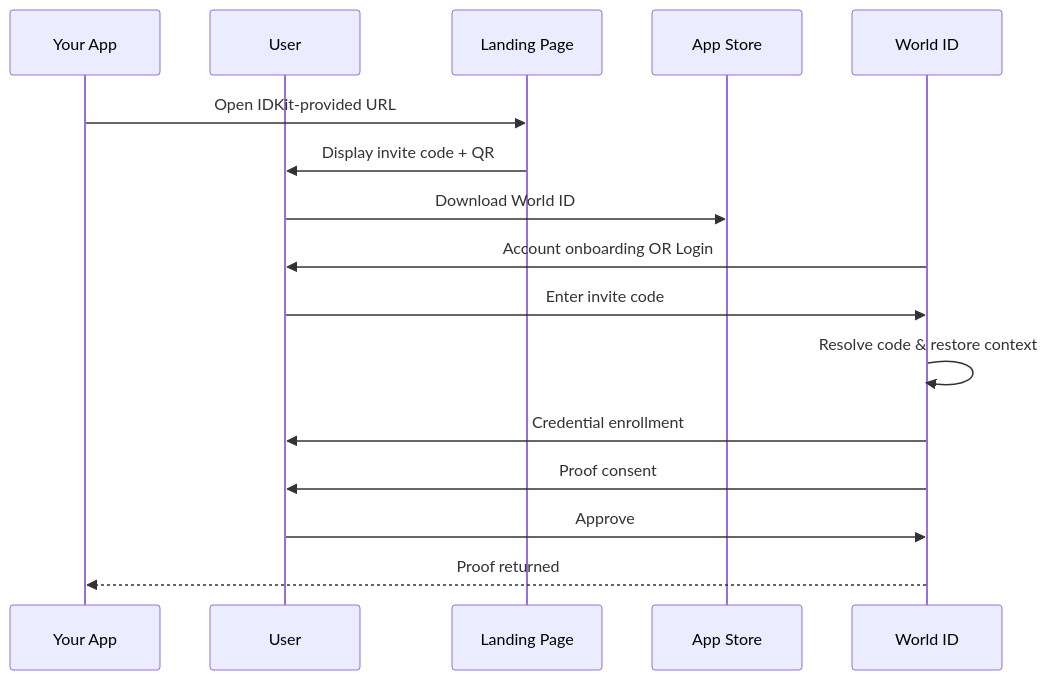
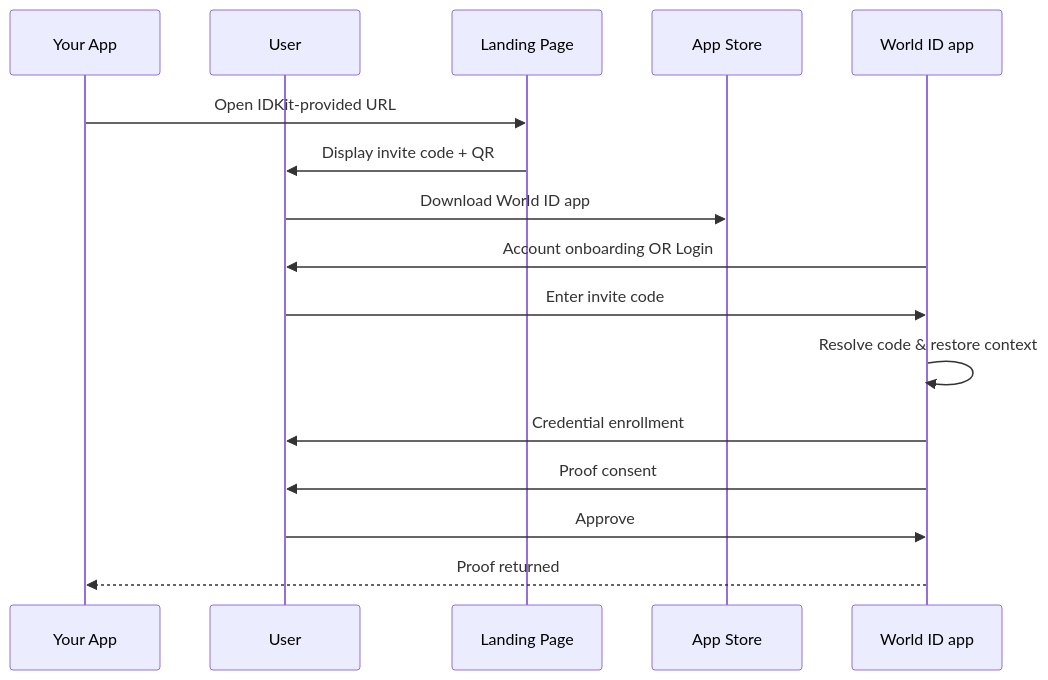
One commit to worldcoin/developer-docs changed the third of 3 diagrams in world-id/idkit/verification-flows.mdx. Above: the diagram before and after it, drawn with Mermaid. The commit also changed other lines of this file and 48 other files, not shown here.

````diff
--- a/world-id/idkit/verification-flows.mdx
+++ b/world-id/idkit/verification-flows.mdx
@@ -103,19 +103,19 @@
 ```mermaid
 sequenceDiagram
     participant App as Your App
     participant User
     participant LP as Landing Page
     participant Store as App Store
-    participant WA as World ID
+    participant WA as World ID app
 
     App->>LP: Open IDKit-provided URL
     LP->>User: Display invite code + QR
-    User->>Store: Download World ID
+    User->>Store: Download World ID app
     WA->>User: Account onboarding OR Login
     User->>WA: Enter invite code
     WA->>WA: Resolve code & restore context
     WA->>User: Credential enrollment
     WA->>User: Proof consent
     User->>WA: Approve
     WA-->>App: Proof returned
 ```
````
